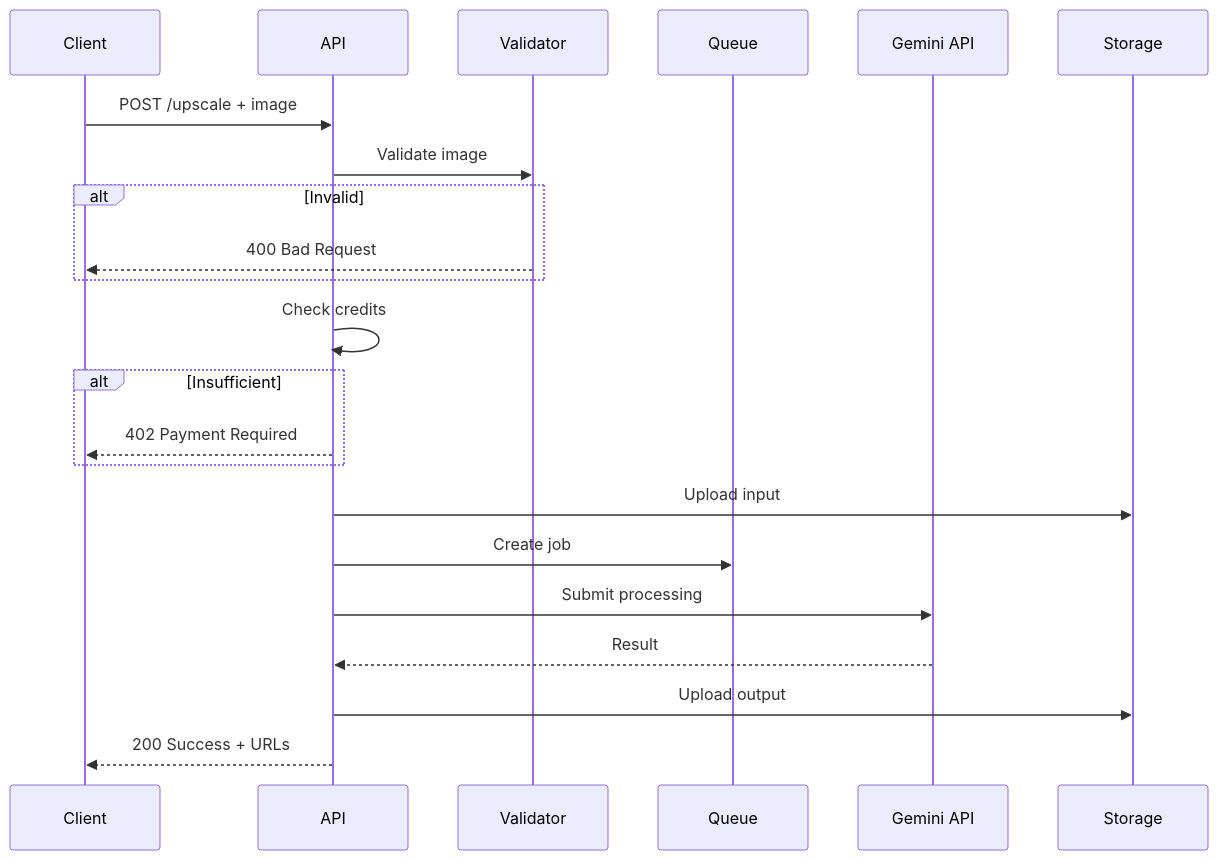
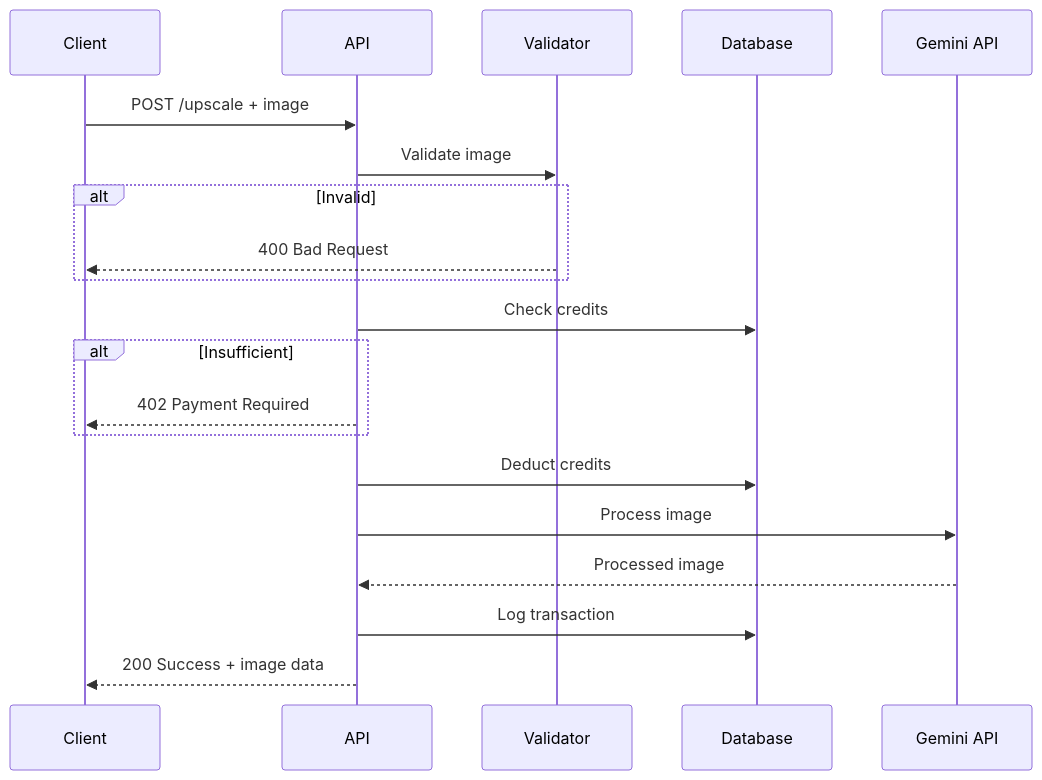
The second of 5 diagrams in docs/technical/api-reference.md (jonit-dev/pixelperfect), drawn with Mermaid before and after one commit. The commit also changed 10 other files, not shown here.

````diff
--- a/docs/technical/api-reference.md
+++ b/docs/technical/api-reference.md
@@ -125,29 +125,27 @@
 ```mermaid
 sequenceDiagram
     participant C as Client
     participant A as API
     participant V as Validator
-    participant Q as Queue
+    participant DB as Database
     participant AI as Gemini API
-    participant S as Storage
 
     C->>A: POST /upscale + image
     A->>V: Validate image
 
     alt Invalid
         V-->>C: 400 Bad Request
     end
 
-    A->>A: Check credits
+    A->>DB: Check credits
 
     alt Insufficient
         A-->>C: 402 Payment Required
     end
 
-    A->>S: Upload input
-    A->>Q: Create job
-    A->>AI: Submit processing
-    AI-->>A: Result
-    A->>S: Upload output
-    A-->>C: 200 Success + URLs
+    A->>DB: Deduct credits
+    A->>AI: Process image
+    AI-->>A: Processed image
+    A->>DB: Log transaction
+    A-->>C: 200 Success + image data
 ```
````
